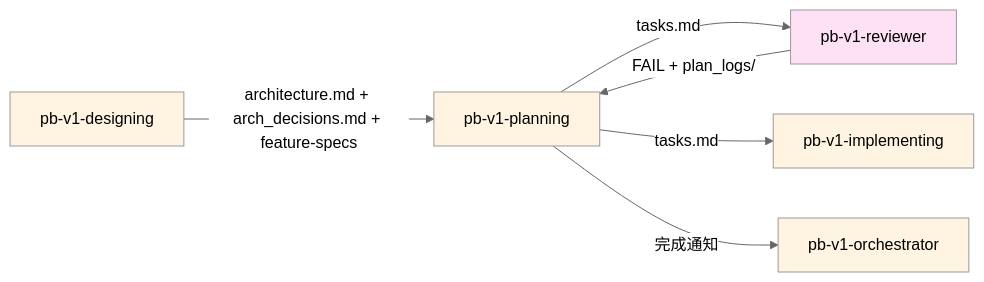
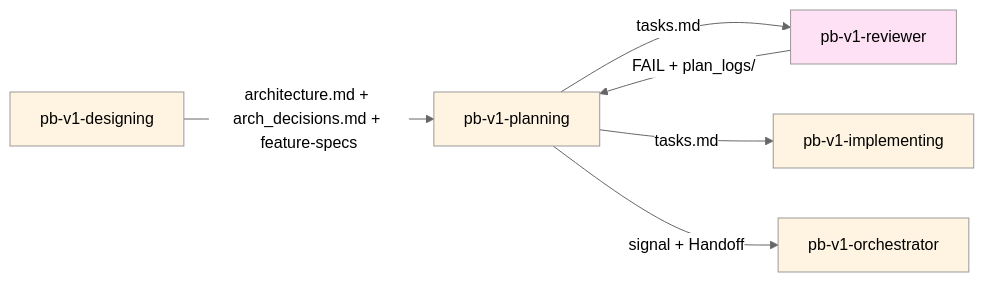
Before and after one commit to chenchiyuan/powerby-skills: the third of 3 diagrams in skills/pb-v1-planning/SKILL.md, drawn with Mermaid (neutral theme). The commit also changed other lines of this file and 58 other files, not shown here.

````diff
--- a/skills/pb-v1-planning/SKILL.md
+++ b/skills/pb-v1-planning/SKILL.md
@@ -583,14 +607,14 @@
 ```mermaid
 graph LR
     DES[pb-v1-designing] -->|architecture.md + arch_decisions.md + feature-specs| PLA[pb-v1-planning]
     PLA -->|tasks.md| REV[pb-v1-reviewer]
     REV -->|FAIL + plan_logs/| PLA
     PLA -->|tasks.md| IMP[pb-v1-implementing]
-    PLA -->|完成通知| ORC[pb-v1-orchestrator]
+    PLA -->|signal + Handoff| ORC[pb-v1-orchestrator]
     
     style PLA fill:#fff4e1
     style DES fill:#fff4e1
     style REV fill:#ffe1f5
     style IMP fill:#fff4e1
     style ORC fill:#fff4e1
 ```
````
